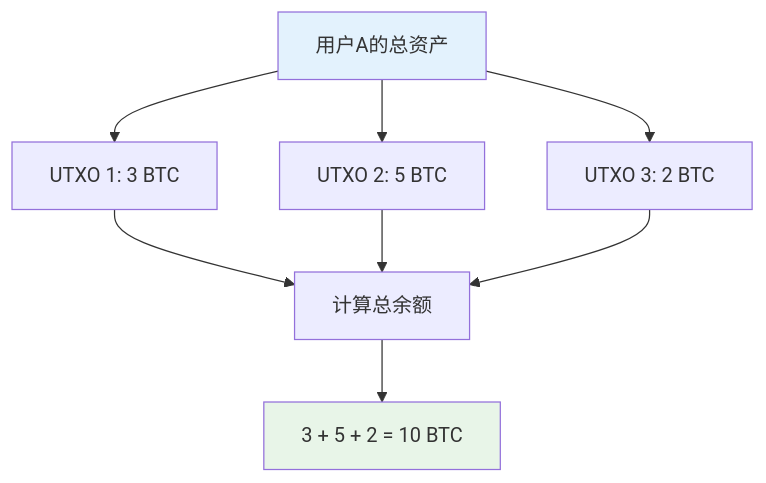
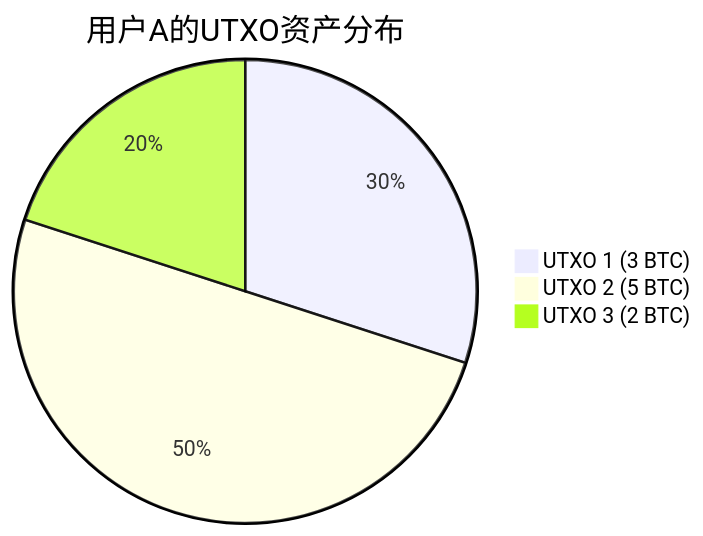
Before and after one commit to guoying2026/blockchain-tutorial: the first of 5 diagrams in Docs/3——以太坊（ETH）/15——ETH-账户(Av37065233,P15).md, drawn with Mermaid. The commit also changed other lines of this file and 1 other file, not shown here.

````diff
--- a/Docs/3——以太坊（ETH）/15——ETH-账户(Av37065233,P15).md
+++ b/Docs/3——以太坊（ETH）/15——ETH-账户(Av37065233,P15).md
@@ -27,15 +27,6 @@
 ```mermaid
-graph TD
-    A[用户A的总资产] --> B[UTXO 1: 3 BTC]
-    A --> C[UTXO 2: 5 BTC]
-    A --> D[UTXO 3: 2 BTC]
-    
-    E[计算总余额] --> F[3 + 5 + 2 = 10 BTC]
-    
-    B --> E
-    C --> E
-    D --> E
-    
-    style A fill:#e3f2fd
-    style F fill:#e8f5e8
+pie title 用户A的UTXO资产分布
+    "UTXO 1 (3 BTC)" : 30
+    "UTXO 2 (5 BTC)" : 50  
+    "UTXO 3 (2 BTC)" : 20
 ```
````
